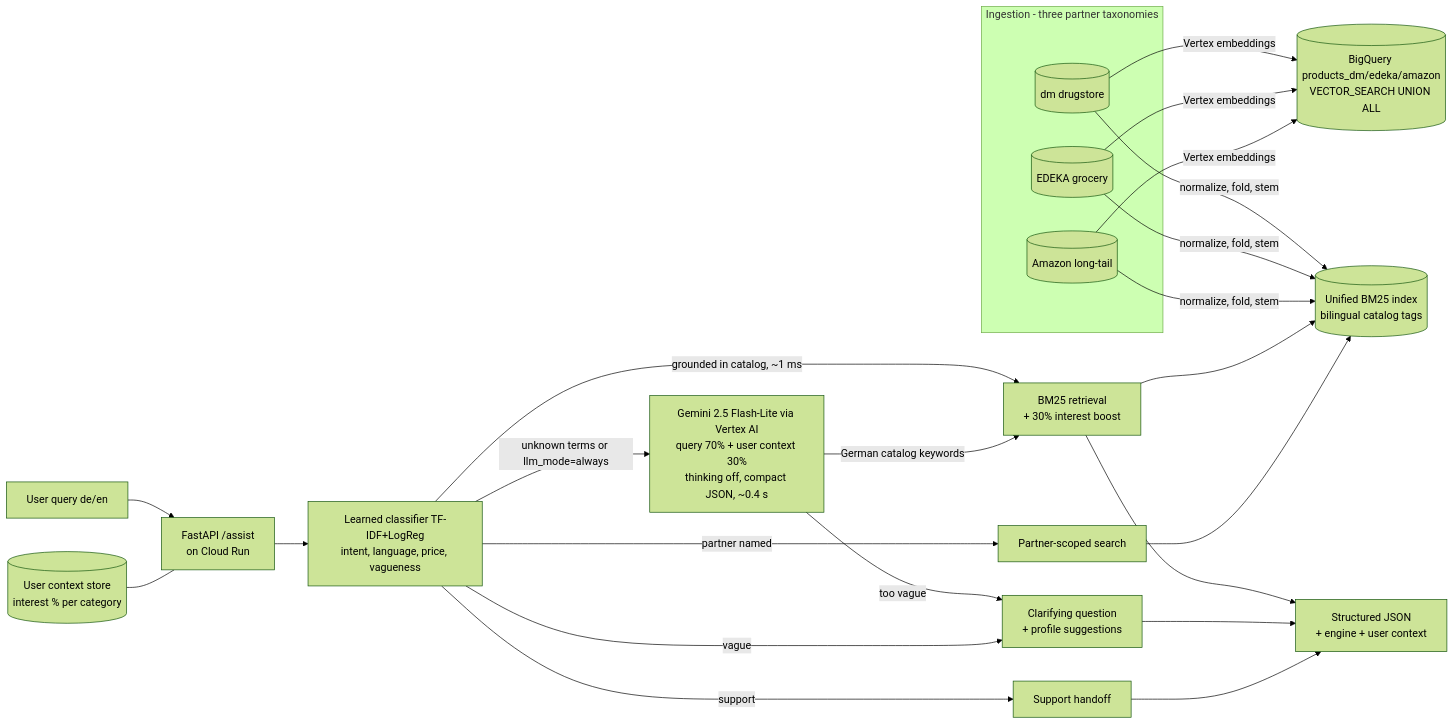
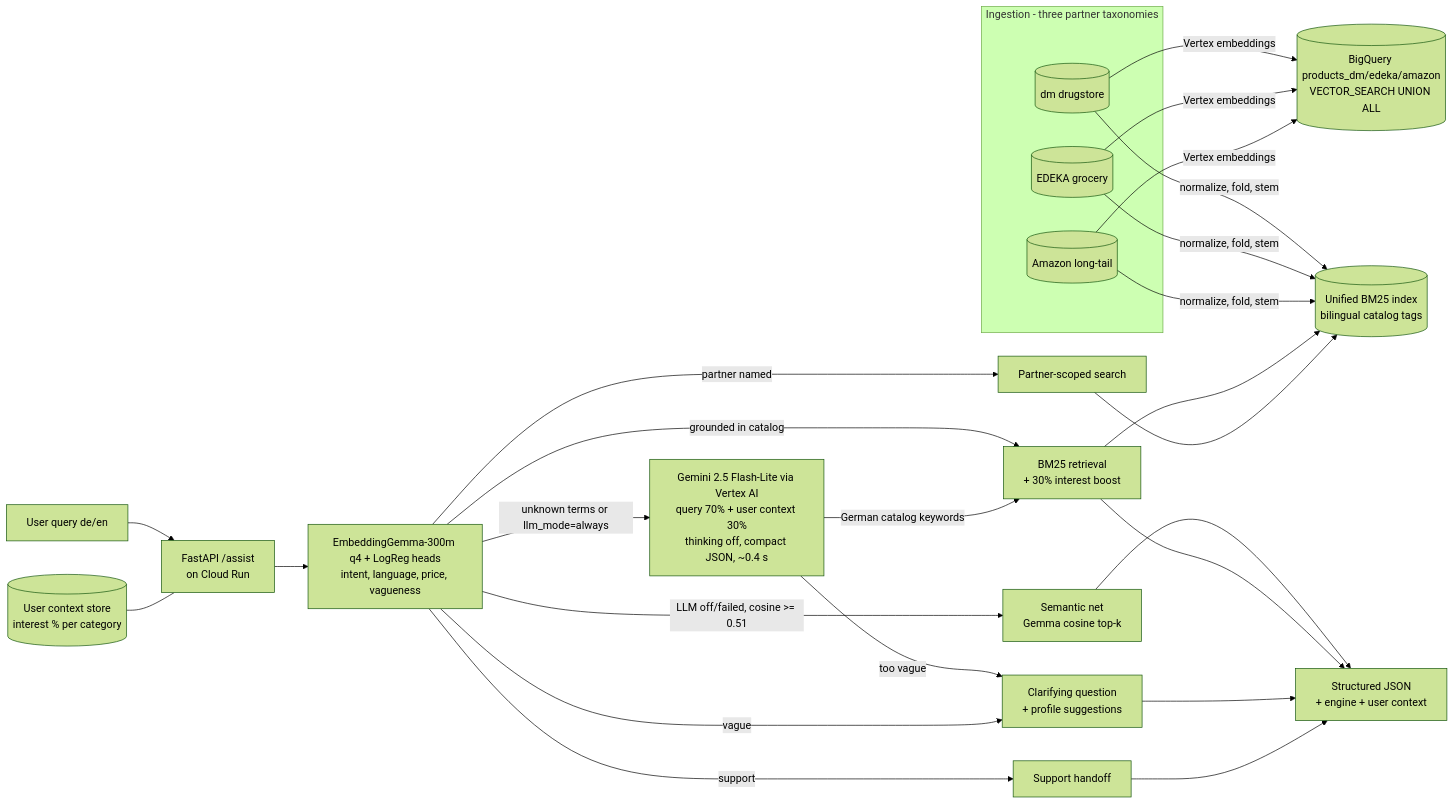
Before and after one commit to niserson/payback-assistant: the diagram in README.md, drawn with Mermaid (forest theme). The commit also changed other lines of this file and 20 other files, not shown here.

````diff
--- a/README.md
+++ b/README.md
@@ -44,25 +46,27 @@
 ```mermaid
 flowchart LR
     U[User query de/en] --> API[FastAPI /assist<br/>on Cloud Run]
     CTX[(User context store<br/>interest % per category)] --- API
-    API --> CLS[Learned classifier TF-IDF+LogReg<br/>intent, language, price, vagueness]
-    CLS -->|grounded in catalog, ~1 ms| R[BM25 retrieval<br/>+ 30% interest boost]
+    API --> CLS[EmbeddingGemma-300m q4 + LogReg heads<br/>intent, language, price, vagueness]
+    CLS -->|grounded in catalog| R[BM25 retrieval<br/>+ 30% interest boost]
+    CLS -->|LLM off/failed, cosine >= 0.51| SEM[Semantic net<br/>Gemma cosine top-k]
+    SEM --> J
     CLS -->|unknown terms or llm_mode=always| LLM[Gemini 2.5 Flash-Lite via Vertex AI<br/>query 70% + user context 30%<br/>thinking off, compact JSON, ~0.4 s]
     LLM -->|German catalog keywords| R
     LLM -->|too vague| C[Clarifying question<br/>+ profile suggestions]
     CLS -->|vague| C
     CLS -->|partner named| P[Partner-scoped search]
     CLS -->|support| S[Support handoff]
     subgraph Ingestion - three partner taxonomies
         A[(dm drugstore)]
         B[(EDEKA grocery)]
         C3[(Amazon long-tail)]
     end
     A & B & C3 -->|normalize, fold, stem| IDX[(Unified BM25 index<br/>bilingual catalog tags)]
     A & B & C3 -->|Vertex embeddings| BQ[(BigQuery products_dm/edeka/amazon<br/>VECTOR_SEARCH UNION ALL)]
     R --> IDX
     P --> IDX
     R --> J[Structured JSON<br/>+ engine + user context]
     C --> J
     S --> J
 ```
````
